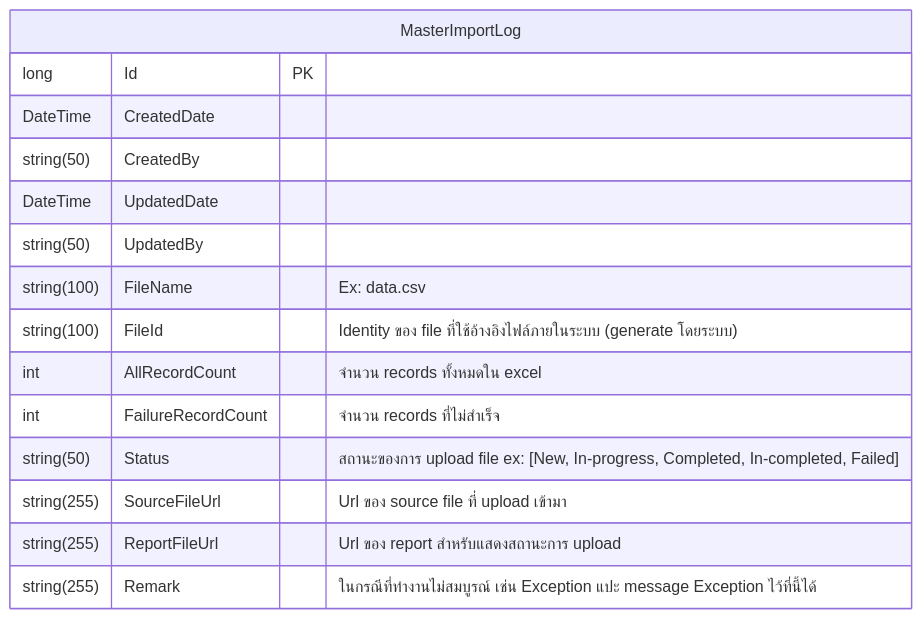
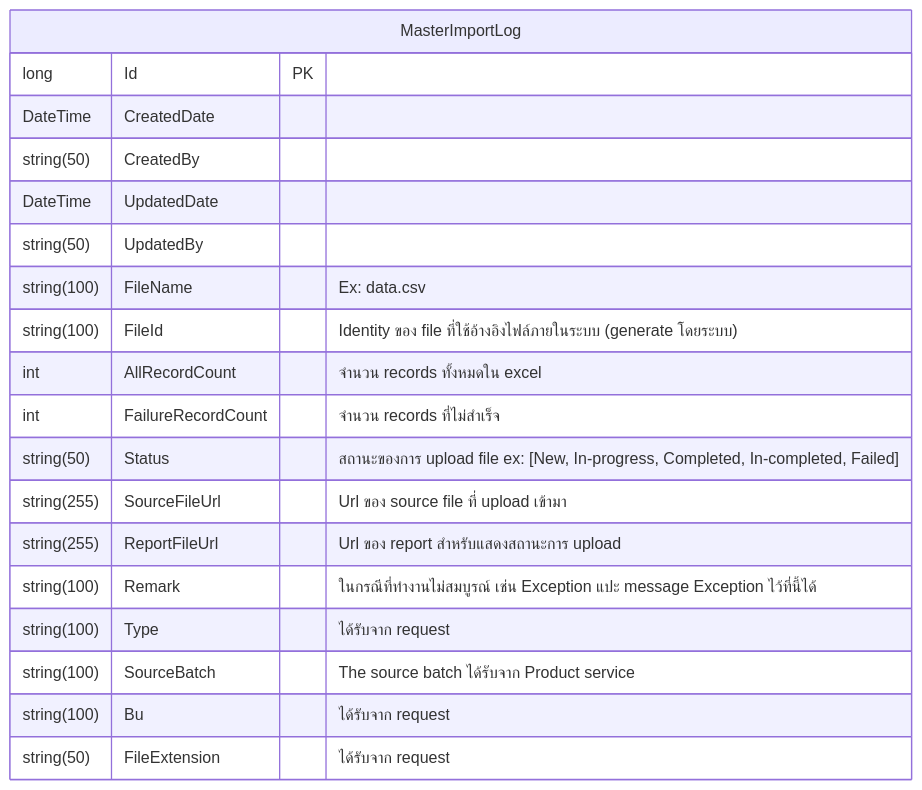
Before and after one commit to rosered11/org_document: the diagram in SPC/CRL/ER-diagram.md, drawn with Mermaid. The commit also changed 6 other files, not shown here.

````diff
--- a/SPC/CRL/ER-diagram.md
+++ b/SPC/CRL/ER-diagram.md
@@ -1,18 +1,22 @@
 ```mermaid
 erDiagram
     MasterImportLog {
         long Id PK
         DateTime CreatedDate
         string(50) CreatedBy
         DateTime UpdatedDate
         string(50) UpdatedBy
         string(100) FileName "Ex: data.csv"
         string(100) FileId "Identity ของ file ที่ใช้อ้างอิงไฟล์ภายในระบบ (generate โดยระบบ)"
         int AllRecordCount "จำนวน records ทั้งหมดใน excel"
         int FailureRecordCount "จำนวน records ที่ไม่สำเร็จ"
         string(50) Status "สถานะของการ upload file ex: [New, In-progress, Completed, In-completed, Failed]"
         string(255) SourceFileUrl "Url ของ source file ที่ upload เข้ามา"
         string(255) ReportFileUrl "Url ของ report สำหรับแสดงสถานะการ upload"
-        string(255) Remark "ในกรณีที่ทำงานไม่สมบูรณ์ เช่น Exception แปะ message Exception ไว้ที่นี้ได้"
+        string(100) Remark "ในกรณีที่ทำงานไม่สมบูรณ์ เช่น Exception แปะ message Exception ไว้ที่นี้ได้"
+        string(100) Type "ได้รับจาก request"
+        string(100) SourceBatch "The source batch ได้รับจาก Product service"
+        string(100) Bu "ได้รับจาก request"
+        string(50) FileExtension "ได้รับจาก request"
     }
 ```
````
